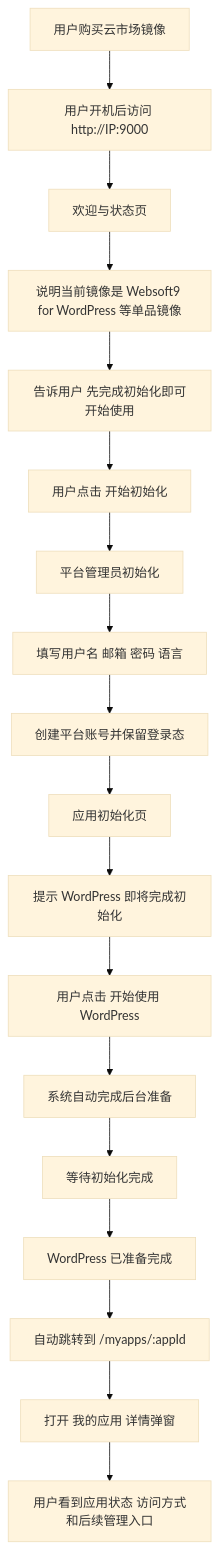
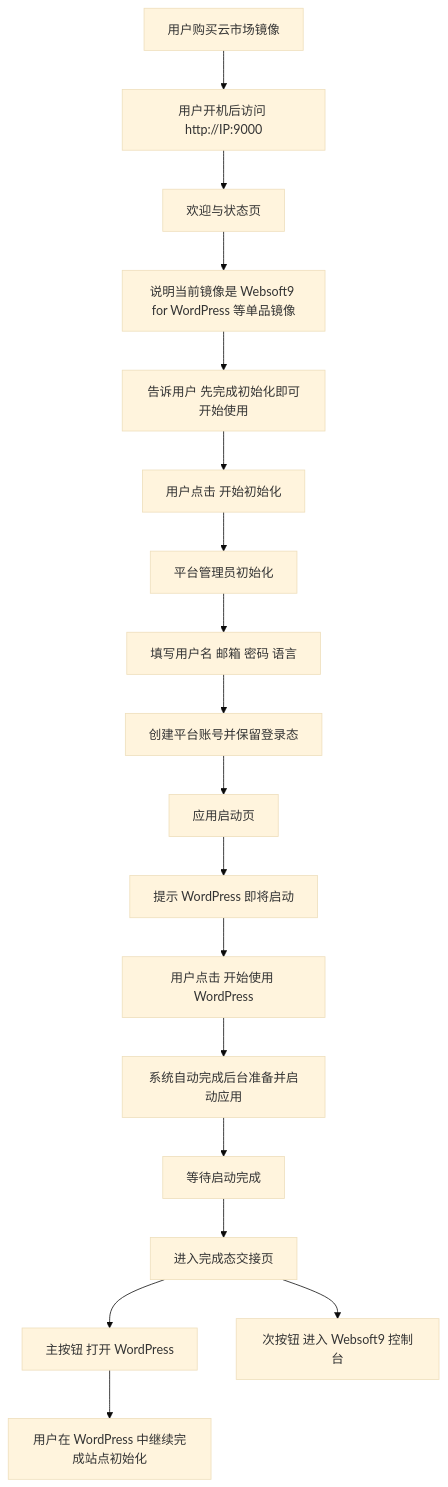
The second of 2 diagrams in docs/architecture/cloud-marketplace-initialization-wizard_cn.md (Websoft9/websoft9), drawn with Mermaid (base theme) before and after one commit. The commit also changed other lines of this file and 25 other files, not shown here.

````diff
--- a/docs/architecture/cloud-marketplace-initialization-wizard_cn.md
+++ b/docs/architecture/cloud-marketplace-initialization-wizard_cn.md
@@ -72,20 +87,20 @@
 ```mermaid
 flowchart TD
     A[用户购买云市场镜像] --> B[用户开机后访问 http://IP:9000]
     B --> C[欢迎与状态页]
     C --> C1[说明当前镜像是 Websoft9 for WordPress 等单品镜像]
     C1 --> C2[告诉用户 先完成初始化即可开始使用]
     C2 --> D[用户点击 开始初始化]
     D --> E[平台管理员初始化]
     E --> E1[填写用户名 邮箱 密码 语言]
     E1 --> E2[创建平台账号并保留登录态]
-    E2 --> F[应用初始化页]
-    F --> F1[提示 WordPress 即将完成初始化]
+    E2 --> F[应用启动页]
+    F --> F1[提示 WordPress 即将启动]
     F1 --> F2[用户点击 开始使用 WordPress]
-    F2 --> G[系统自动完成后台准备]
-    G --> G1[等待初始化完成]
-    G1 --> H[WordPress 已准备完成]
-    H --> I[自动跳转到 /myapps/:appId]
-    I --> J[打开 我的应用 详情弹窗]
-    J --> K[用户看到应用状态 访问方式和后续管理入口]
+    F2 --> G[系统自动完成后台准备并启动应用]
+    G --> G1[等待启动完成]
+    G1 --> H[进入完成态交接页]
+    H --> I[主按钮 打开 WordPress]
+    H --> J[次按钮 进入 Websoft9 控制台]
+    I --> K[用户在 WordPress 中继续完成站点初始化]
 ```
````
